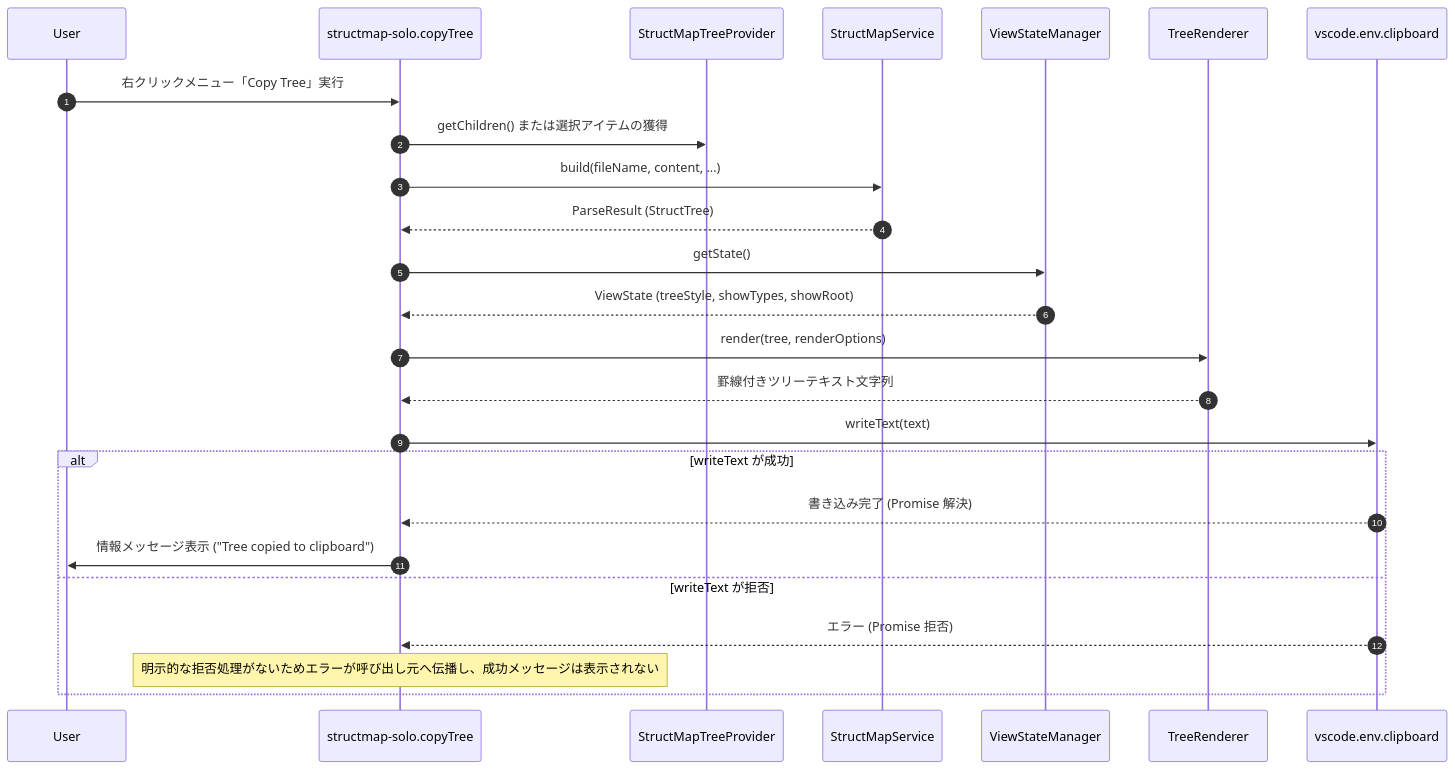
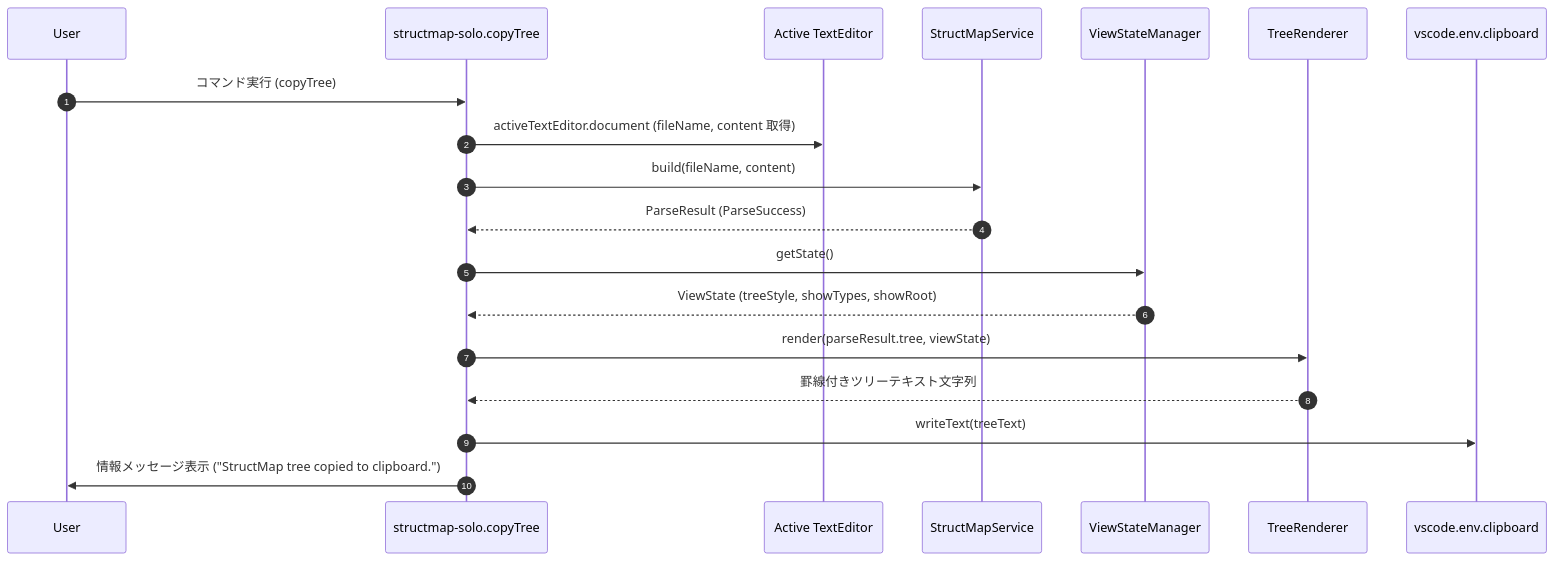
The sixth of 6 diagrams in docs/DATA_FLOW_AND_EVENTS.md (masanori-satake/StructMap-Solo), drawn with Mermaid before and after one commit. The commit also changed other lines of this file and 4 other files, not shown here.

Commit message:
docs: address PR review feedback on developer architecture documentation

````diff
--- a/docs/DATA_FLOW_AND_EVENTS.md
+++ b/docs/DATA_FLOW_AND_EVENTS.md
@@ -206,28 +204,22 @@
 ```mermaid
 sequenceDiagram
     autonumber
     participant U as User
     participant Cmd as structmap-solo.copyTree
-    participant TP as StructMapTreeProvider
+    participant Ed as Active TextEditor
     participant Svc as StructMapService
     participant VSM as ViewStateManager
     participant Ren as TreeRenderer
     participant Clip as vscode.env.clipboard
 
-    U->>Cmd: 右クリックメニュー「Copy Tree」実行
-    Cmd->>TP: getChildren() または選択アイテムの獲得
-    Cmd->>Svc: build(fileName, content, ...)
-    Svc-->>Cmd: ParseResult (StructTree)
+    U->>Cmd: コマンド実行 (copyTree)
+    Cmd->>Ed: activeTextEditor.document (fileName, content 取得)
+    Cmd->>Svc: build(fileName, content)
+    Svc-->>Cmd: ParseResult (ParseSuccess)
     Cmd->>VSM: getState()
     VSM-->>Cmd: ViewState (treeStyle, showTypes, showRoot)
-    Cmd->>Ren: render(tree, renderOptions)
+    Cmd->>Ren: render(parseResult.tree, viewState)
     Ren-->>Cmd: 罫線付きツリーテキスト文字列
-    Cmd->>Clip: writeText(text)
-    alt writeText が成功
-        Clip-->>Cmd: 書き込み完了 (Promise 解決)
-        Cmd->>U: 情報メッセージ表示 ("Tree copied to clipboard")
-    else writeText が拒否
-        Clip-->>Cmd: エラー (Promise 拒否)
-        Note over Cmd: 明示的な拒否処理がないためエラーが呼び出し元へ伝播し、成功メッセージは表示されない
-    end
+    Cmd->>Clip: writeText(treeText)
+    Cmd->>U: 情報メッセージ表示 ("StructMap tree copied to clipboard.")
 ```
````
